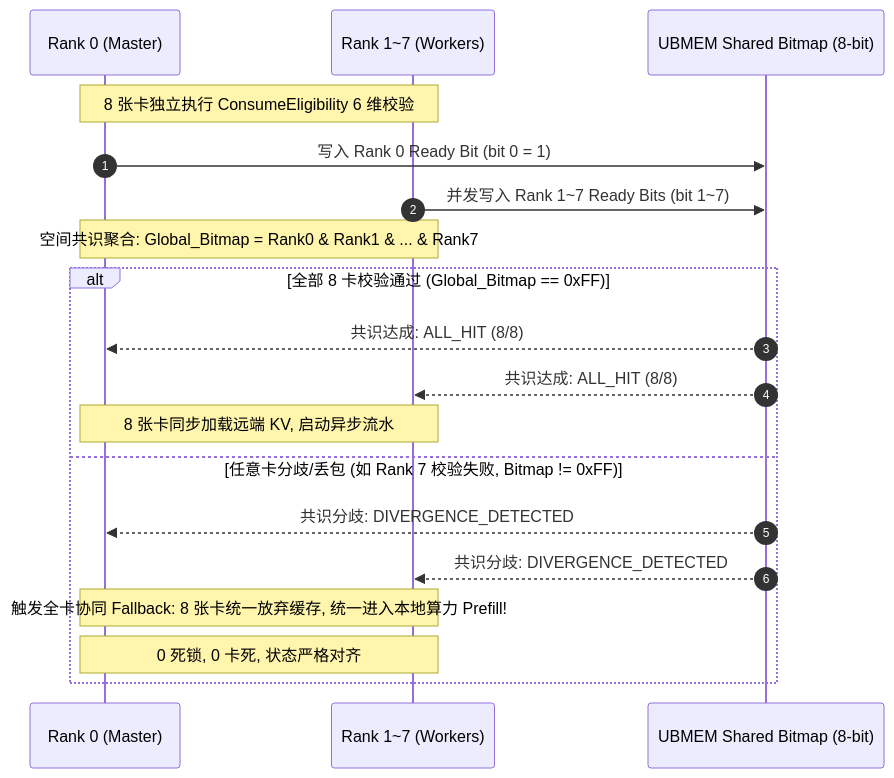
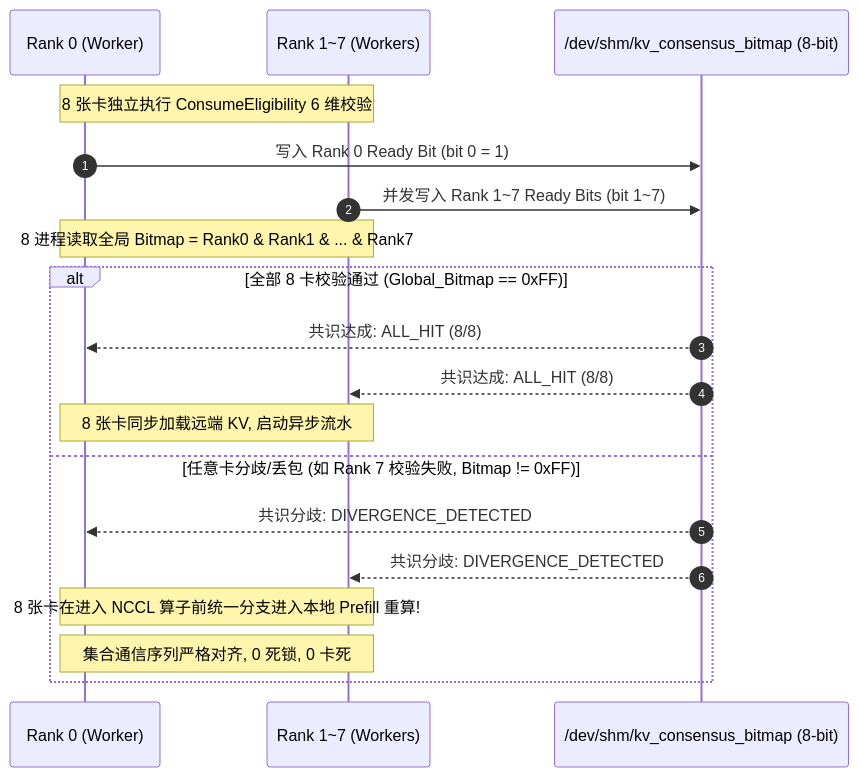
The diagram in kvcache/unified_kv_memory/提前验证方案设计/验证计划方案设计/07_PVT-06_ConsumeEligibility与RankConsensus0错误消费验证实施方案设计.md (stonetree/reports), drawn with Mermaid before and after one commit. The commit also changed other lines of this file and 11 other files, not shown here.

````diff
--- a/kvcache/unified_kv_memory/提前验证方案设计/验证计划方案设计/07_PVT-06_ConsumeEligibility与RankConsensus0错误消费验证实施方案设计.md
+++ b/kvcache/unified_kv_memory/提前验证方案设计/验证计划方案设计/07_PVT-06_ConsumeEligibility与RankConsensus0错误消费验证实施方案设计.md
@@ -90,23 +121,23 @@
 ```mermaid
 sequenceDiagram
     autonumber
-    participant R0 as Rank 0 (Master)
+    participant R0 as Rank 0 (Worker)
     participant R1_7 as Rank 1~7 (Workers)
-    participant Bus as UBMEM Shared Bitmap (8-bit)
+    participant Shm as /dev/shm/kv_consensus_bitmap (8-bit)
 
     Note over R0,R1_7: 8 张卡独立执行 ConsumeEligibility 6 维校验
-    R0->>Bus: 写入 Rank 0 Ready Bit (bit 0 = 1)
-    R1_7->>Bus: 并发写入 Rank 1~7 Ready Bits (bit 1~7)
+    R0->>Shm: 写入 Rank 0 Ready Bit (bit 0 = 1)
+    R1_7->>Shm: 并发写入 Rank 1~7 Ready Bits (bit 1~7)
     
-    Note over R0,R1_7: 空间共识聚合: Global_Bitmap = Rank0 & Rank1 & ... & Rank7
+    Note over R0,R1_7: 8 进程读取全局 Bitmap = Rank0 & Rank1 & ... & Rank7
     alt 全部 8 卡校验通过 (Global_Bitmap == 0xFF)
-        Bus-->>R0: 共识达成: ALL_HIT (8/8)
-        Bus-->>R1_7: 共识达成: ALL_HIT (8/8)
+        Shm-->>R0: 共识达成: ALL_HIT (8/8)
+        Shm-->>R1_7: 共识达成: ALL_HIT (8/8)
         Note over R0,R1_7: 8 张卡同步加载远端 KV, 启动异步流水
     else 任意卡分歧/丢包 (如 Rank 7 校验失败, Bitmap != 0xFF)
-        Bus-->>R0: 共识分歧: DIVERGENCE_DETECTED
-        Bus-->>R1_7: 共识分歧: DIVERGENCE_DETECTED
-        Note over R0,R1_7: 触发全卡协同 Fallback: 8 张卡统一放弃缓存, 统一进入本地算力 Prefill!
-        Note over R0,R1_7: 0 死锁, 0 卡死, 状态严格对齐
+        Shm-->>R0: 共识分歧: DIVERGENCE_DETECTED
+        Shm-->>R1_7: 共识分歧: DIVERGENCE_DETECTED
+        Note over R0,R1_7: 8 张卡在进入 NCCL 算子前统一分支进入本地 Prefill 重算!
+        Note over R0,R1_7: 集合通信序列严格对齐, 0 死锁, 0 卡死
     end
 ```
````
